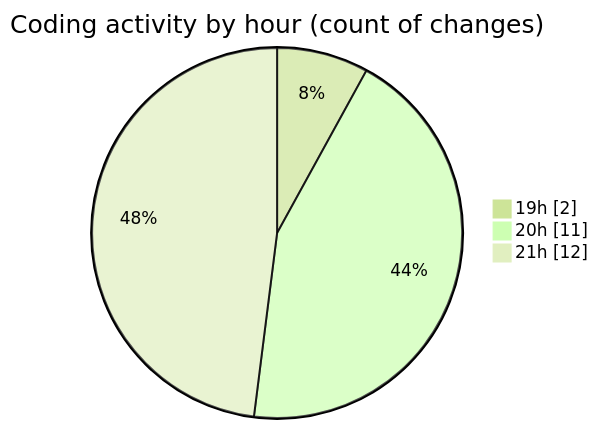
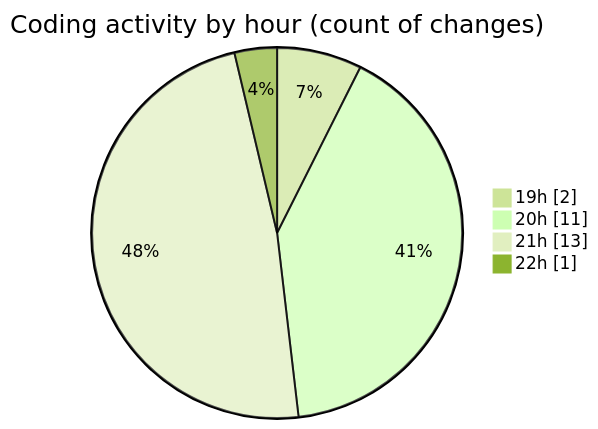
One commit to Elitesun/code-tracking changed the second of 2 diagrams in 2025-01-29/react/README.md. Above: the diagram before and after it, drawn with Mermaid (forest theme). The commit also changed other lines of this file and 1 other file, not shown here.

````diff
--- a/2025-01-29/react/README.md
+++ b/2025-01-29/react/README.md
@@ -33,7 +33,8 @@
 ```mermaid
 pie showData
 title Coding activity by hour (count of changes)
 "19h" : 2
 "20h" : 11
-"21h" : 12
+"21h" : 13
+"22h" : 1
 ```
````
